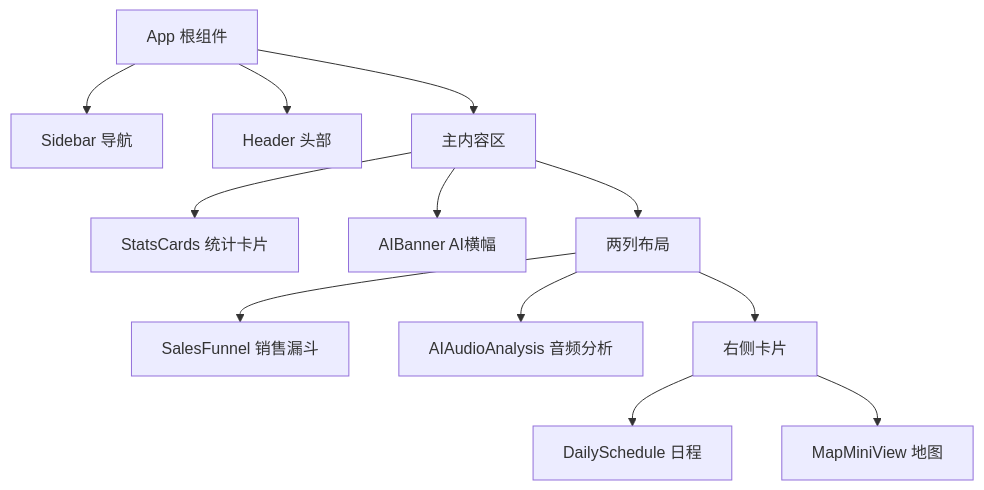
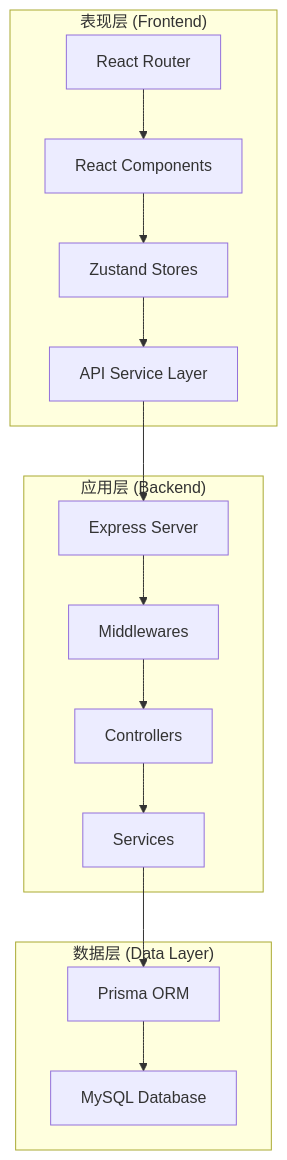
One commit to xianjianshenqu/SalesFlow-CRM changed the second of 8 diagrams in .qoder/repowiki/zh/content/架构设计/架构设计.md. Above: the diagram before and after it, drawn with Mermaid. The commit also changed other lines of this file and 17 other files, not shown here.

````diff
--- a/.qoder/repowiki/zh/content/架构设计/架构设计.md
+++ b/.qoder/repowiki/zh/content/架构设计/架构设计.md
@@ -90,14 +132,28 @@
 ```mermaid
 graph TB
-Root["App 根组件"] --> S["Sidebar 导航"]
-Root --> H["Header 头部"]
-Root --> Main["主内容区"]
-Main --> C1["StatsCards 统计卡片"]
-Main --> C2["AIBanner AI横幅"]
-Main --> Grid["两列布局"]
-Grid --> L["SalesFunnel 销售漏斗"]
-Grid --> R["AIAudioAnalysis 音频分析"]
-Grid --> Side["右侧卡片"]
-Side --> DS["DailySchedule 日程"]
-Side --> MV["MapMiniView 地图"]
+subgraph "表现层 (Frontend)"
+ROUTER["React Router"]
+COMPONENTS["React Components"]
+STORES["Zustand Stores"]
+API["API Service Layer"]
+end
+subgraph "应用层 (Backend)"
+EXPRESS["Express Server"]
+CONTROLLERS["Controllers"]
+SERVICES["Services"]
+MIDDLEWARES["Middlewares"]
+end
+subgraph "数据层 (Data Layer)"
+PRISMA["Prisma ORM"]
+DATABASE["MySQL Database"]
+end
+ROUTER --> COMPONENTS
+COMPONENTS --> STORES
+STORES --> API
+API --> EXPRESS
+EXPRESS --> MIDDLEWARES
+MIDDLEWARES --> CONTROLLERS
+CONTROLLERS --> SERVICES
+SERVICES --> PRISMA
+PRISMA --> DATABASE
 ```
````
